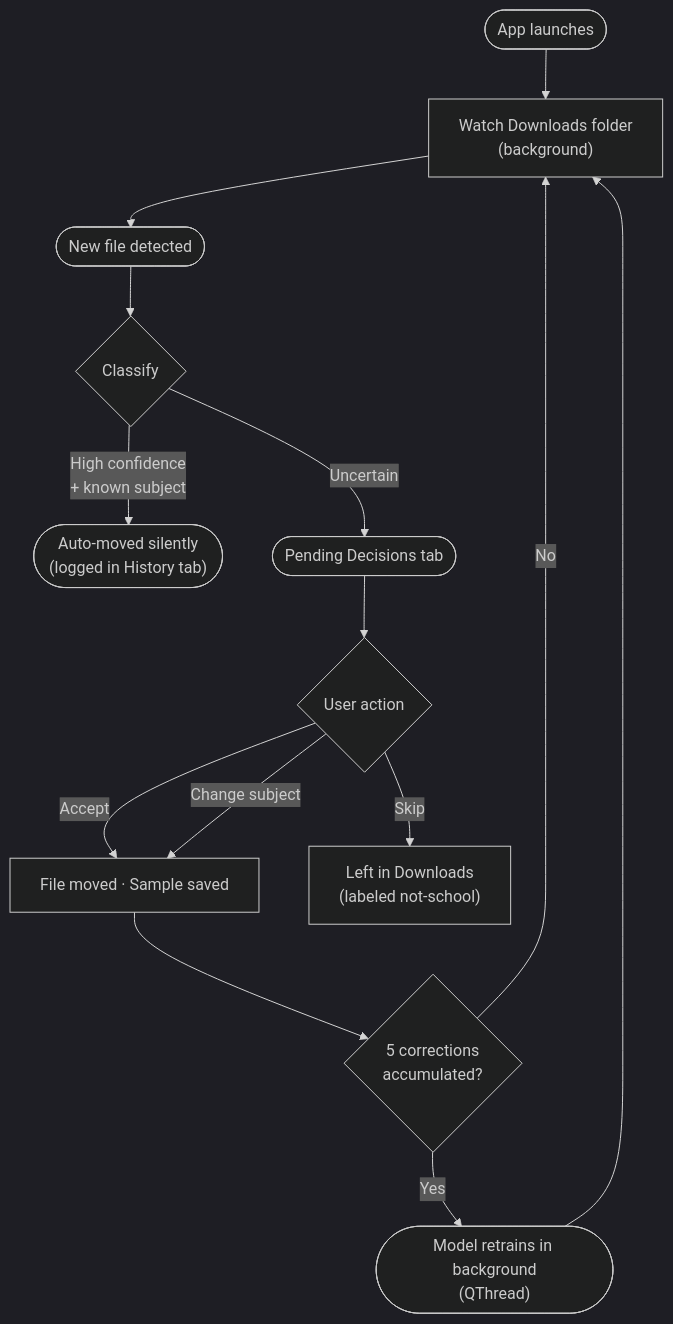
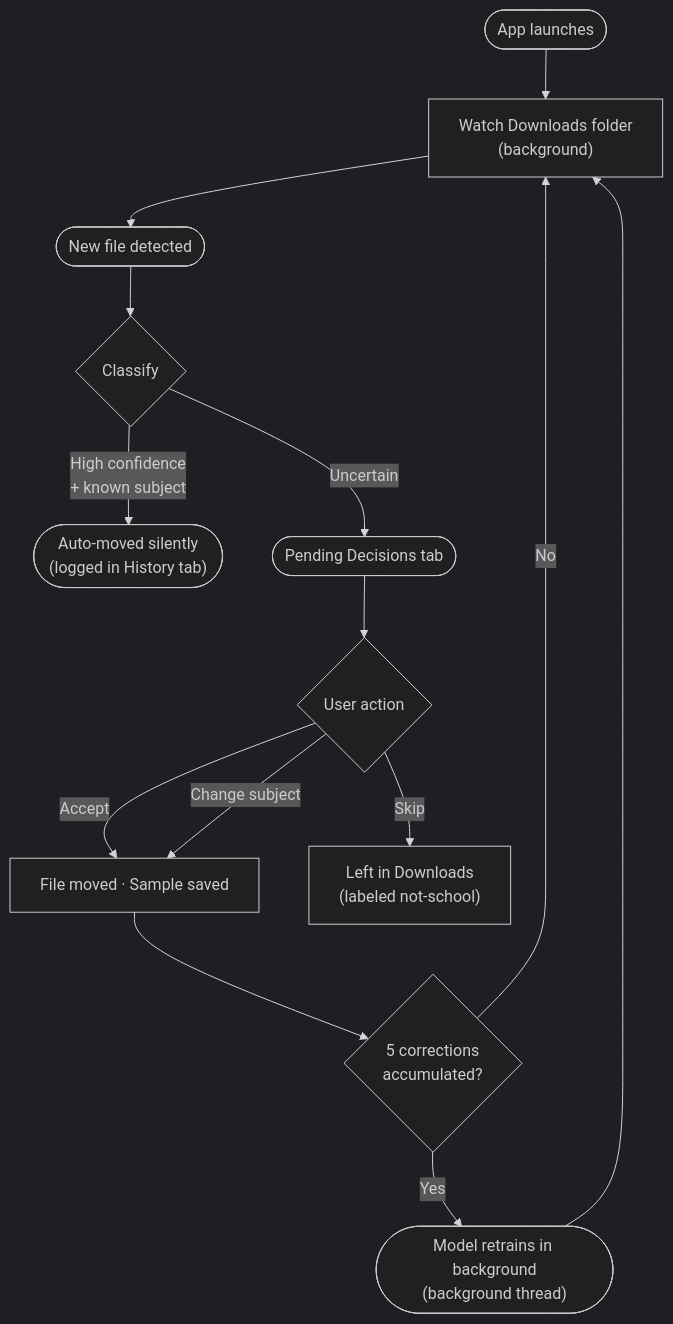
Before and after one commit to duckycodess/orgAIzer: the second of 2 diagrams in docs/CS180_Final_Report.md, drawn with Mermaid (dark theme). The commit also changed other lines of this file, not shown here.

Commit message:
docs: update final report for Tauri + FastAPI architecture

````diff
--- a/docs/CS180_Final_Report.md
+++ b/docs/CS180_Final_Report.md
@@ -384,16 +393,16 @@
 ```mermaid
 flowchart TD
     A(["App launches"]) --> B["Watch Downloads folder\n(background)"]
     B --> C(["New file detected"])
     C --> D{"Classify"}
     D -->|"High confidence\n+ known subject"| E(["Auto-moved silently\n(logged in History tab)"])
     D -->|"Uncertain"| F(["Pending Decisions tab"])
     F --> G{"User action"}
     G -->|"Accept"| H["File moved · Sample saved"]
     G -->|"Change subject"| H
     G -->|"Skip"| I["Left in Downloads\n(labeled not-school)"]
     H --> J{"5 corrections\naccumulated?"}
-    J -->|"Yes"| K(["Model retrains in background\n(QThread)"])
+    J -->|"Yes"| K(["Model retrains in background\n(background thread)"])
     J -->|"No"| B
     K --> B
 ```
````
